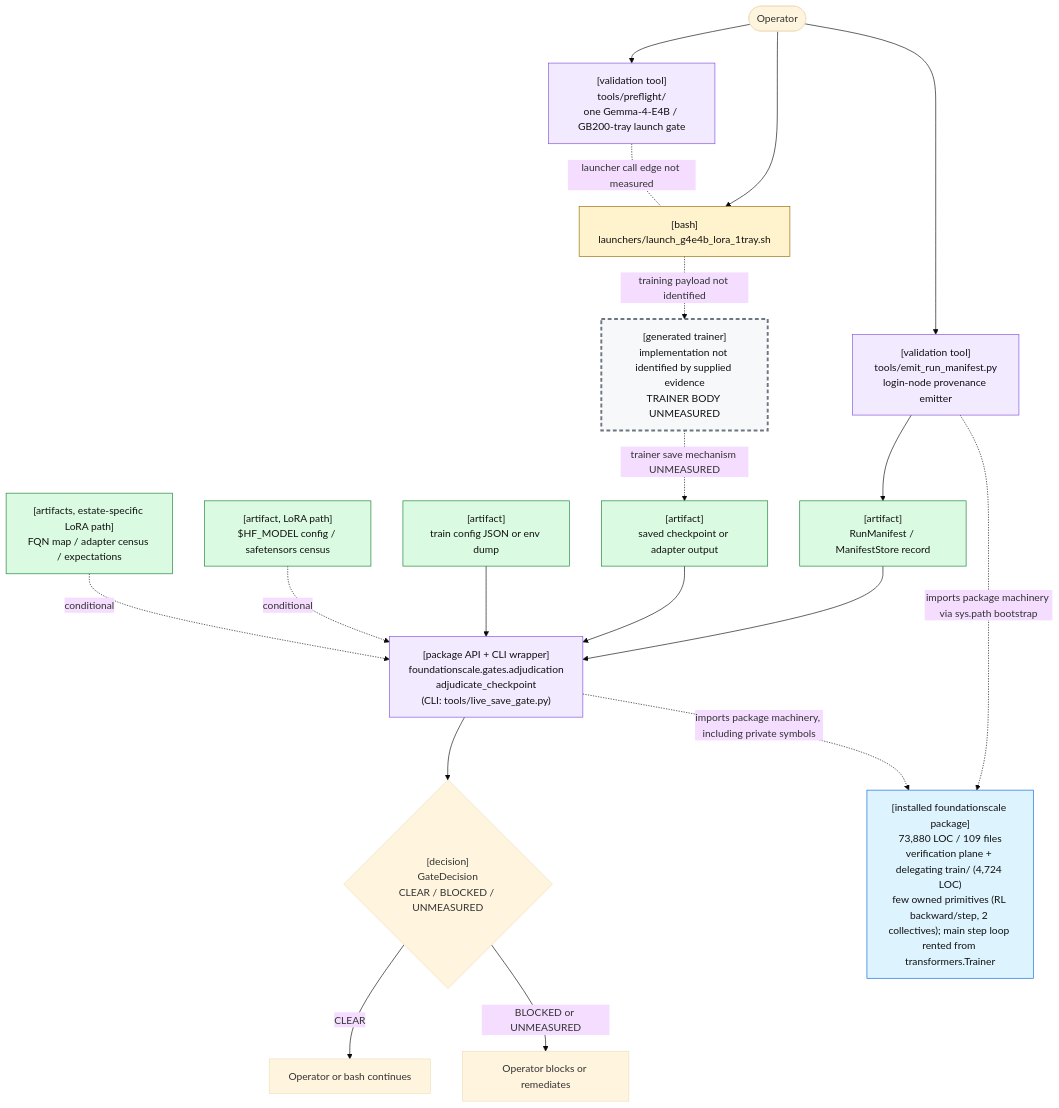
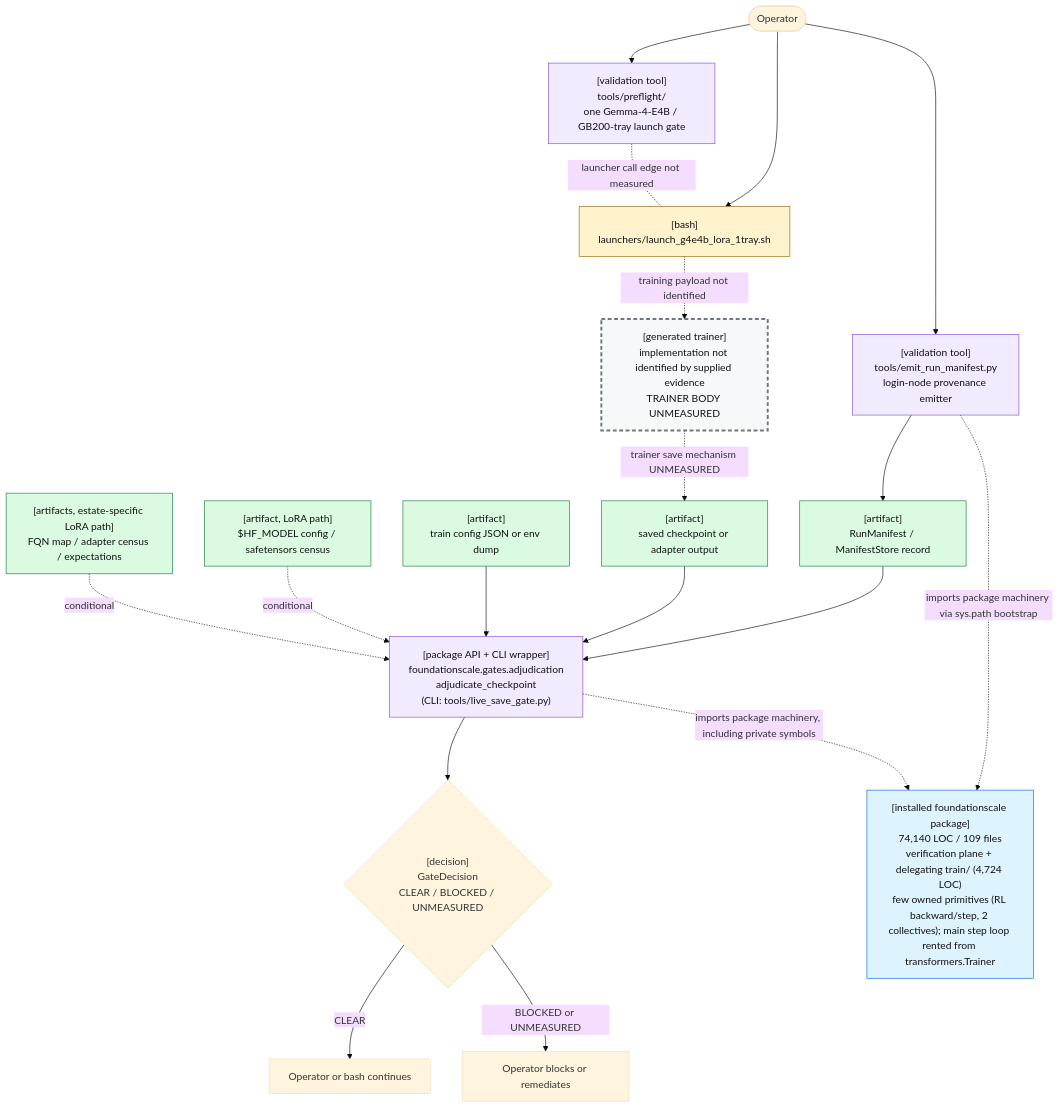
Before and after one commit to TranNhiem/FoundationScale: the first of 2 diagrams in docs/review/D2_current_architecture.md, drawn with Mermaid (base theme). The commit also changed other lines of this file and 15 other files, not shown here.

````diff
--- a/docs/review/D2_current_architecture.md
+++ b/docs/review/D2_current_architecture.md
@@ -25,59 +25,59 @@
 ```mermaid
 flowchart TB
   O(["Operator"])
 
   PF["[validation tool]<br/>tools/preflight/<br/>one Gemma-4-E4B / GB200-tray launch gate"]
   L["[bash]<br/>launchers/launch_g4e4b_lora_1tray.sh"]
 
   E["[validation tool]<br/>tools/emit_run_manifest.py<br/>login-node provenance emitter"]
   M["[artifact]<br/>RunManifest / ManifestStore record"]
 
   T["[generated trainer]<br/>implementation not identified by supplied evidence<br/>TRAINER BODY UNMEASURED"]
   C["[artifact]<br/>saved checkpoint or adapter output"]
 
   G["[package API + CLI wrapper]<br/>foundationscale.gates.adjudication<br/>adjudicate_checkpoint<br/>(CLI: tools/live_save_gate.py)"]
   CFG["[artifact]<br/>train config JSON or env dump"]
   BASE["[artifact, LoRA path]<br/>$HF_MODEL config / safetensors census"]
   CEN["[artifacts, estate-specific LoRA path]<br/>FQN map / adapter census / expectations"]
 
   D{"[decision]<br/>GateDecision<br/>CLEAR / BLOCKED / UNMEASURED"}
   OK["Operator or bash continues"]
   NO["Operator blocks or remediates"]
 
-  PKG["[installed foundationscale package]<br/>73,880 LOC / 109 files<br/>verification plane + delegating train/ (4,724 LOC)<br/>few owned primitives (RL backward/step, 2 collectives); main step loop rented from transformers.Trainer"]
+  PKG["[installed foundationscale package]<br/>74,140 LOC / 109 files<br/>verification plane + delegating train/ (4,724 LOC)<br/>few owned primitives (RL backward/step, 2 collectives); main step loop rented from transformers.Trainer"]
 
   O --> PF
   O --> L
   PF -. "launcher call edge not measured" .- L
 
   O --> E
   E --> M
 
   L -. "training payload not identified" .-> T
   T -. "trainer save mechanism UNMEASURED" .-> C
 
   M --> G
   C --> G
   CFG --> G
   BASE -. "conditional" .-> G
   CEN -. "conditional" .-> G
 
   E -. "imports package machinery via sys.path bootstrap" .-> PKG
   G -. "imports package machinery, including private symbols" .-> PKG
 
   G --> D
   D -->|"CLEAR"| OK
   D -->|"BLOCKED or UNMEASURED"| NO
 
   classDef bash fill:#fff3cd,stroke:#9a6700,color:#111;
   classDef tool fill:#f2eaff,stroke:#8250df,color:#111;
   classDef artifact fill:#dafbe1,stroke:#1a7f37,color:#111;
   classDef gap fill:#f6f8fa,stroke:#6e7781,stroke-width:3px,stroke-dasharray: 6 4,color:#111;
   classDef pkg fill:#ddf4ff,stroke:#0969da,color:#111;
 
   class L bash;
   class PF,E,G tool;
   class M,C,CFG,BASE,CEN artifact;
   class T gap;
   class PKG pkg;
 ```
````
